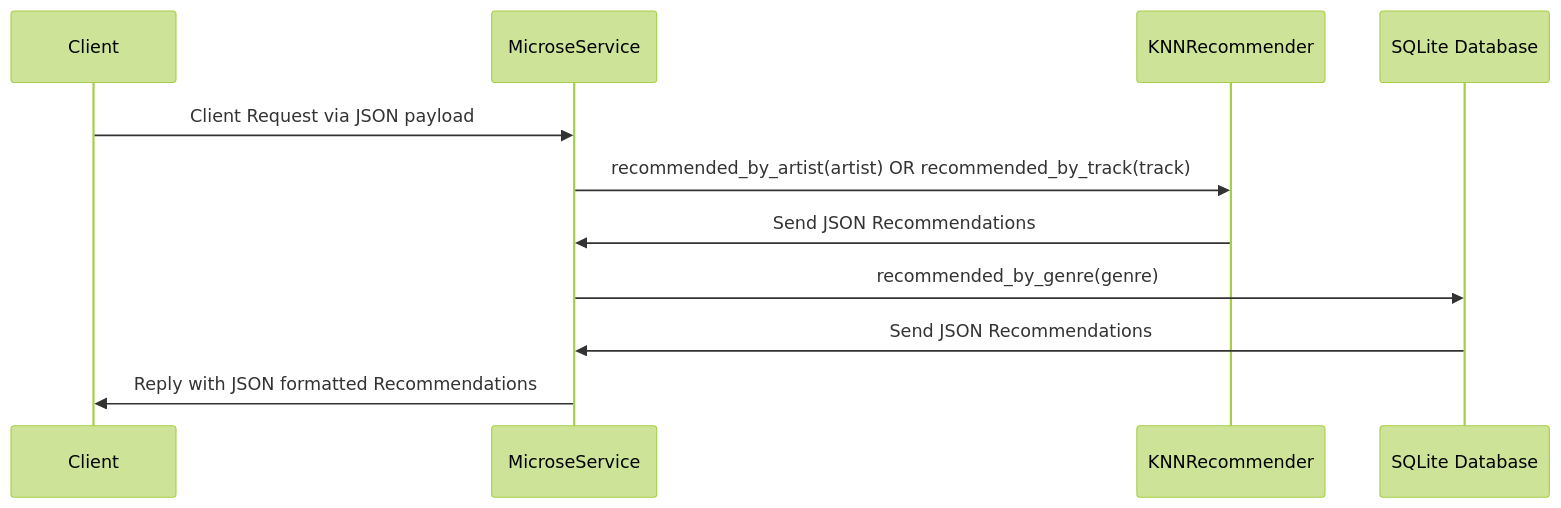
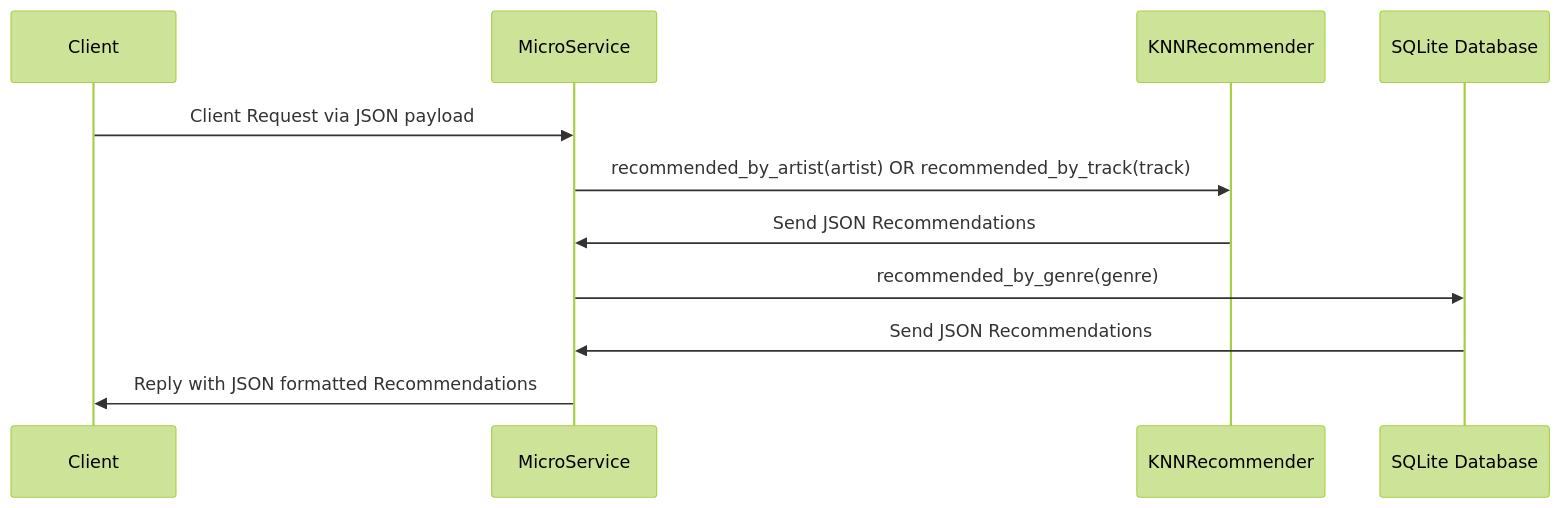
One commit to erosalesj/musicKNNRecommender changed the diagram in README.md. Above: the diagram before and after it, drawn with Mermaid (forest theme).

Commit message:
Fixed typo in UML diagram

````diff
--- a/README.md
+++ b/README.md
@@ -122,14 +122,14 @@
 ```mermaid
 sequenceDiagram
 participant C as Client
-participant M as MicroseService
+participant M as MicroService
 participant K as KNNRecommender
 participant S as SQLite Database
 C->>M: Client Request via JSON payload
 M->>K: recommended_by_artist(artist) OR recommended_by_track(track)
 K->>M: Send JSON Recommendations
 M->>S: recommended_by_genre(genre)
 S->>M: Send JSON Recommendations
 M->>C: Reply with JSON formatted Recommendations
 
 ```
````
